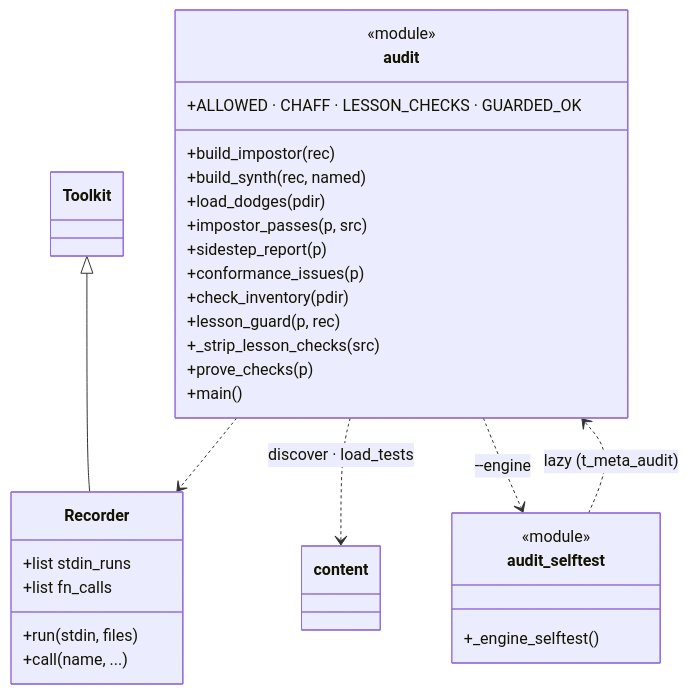
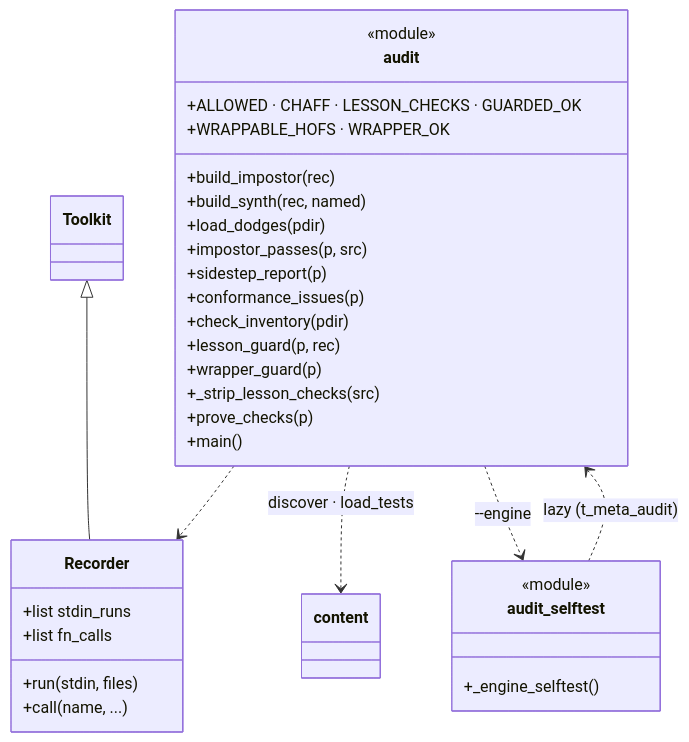
Before and after one commit to N041M/PyQuest: the second of 7 diagrams in docs/architecture/audit.md, drawn with Mermaid. The commit also changed other lines of this file and 22 other files, not shown here.

First line of the commit message:
Generalize HOF/object anti-sidestep: toolkit checks, object-tape liveness, wrapper-guard

````diff
--- a/docs/architecture/audit.md
+++ b/docs/architecture/audit.md
@@ -57,35 +57,37 @@
 ```mermaid
 classDiagram
     class Toolkit
     class Recorder {
         +list stdin_runs
         +list fn_calls
         +run(stdin, files)
         +call(name, ...)
     }
     Toolkit <|-- Recorder
 
     class audit {
         <<module>>
         +ALLOWED · CHAFF · LESSON_CHECKS · GUARDED_OK
+        +WRAPPABLE_HOFS · WRAPPER_OK
         +build_impostor(rec)
         +build_synth(rec, named)
         +load_dodges(pdir)
         +impostor_passes(p, src)
         +sidestep_report(p)
         +conformance_issues(p)
         +check_inventory(pdir)
         +lesson_guard(p, rec)
+        +wrapper_guard(p)
         +_strip_lesson_checks(src)
         +prove_checks(p)
         +main()
     }
     class audit_selftest {
         <<module>>
         +_engine_selftest()
     }
     audit ..> Recorder
     audit ..> content : discover · load_tests
     audit ..> audit_selftest : --engine
     audit_selftest ..> audit : lazy (t_meta_audit)
 ```
````
